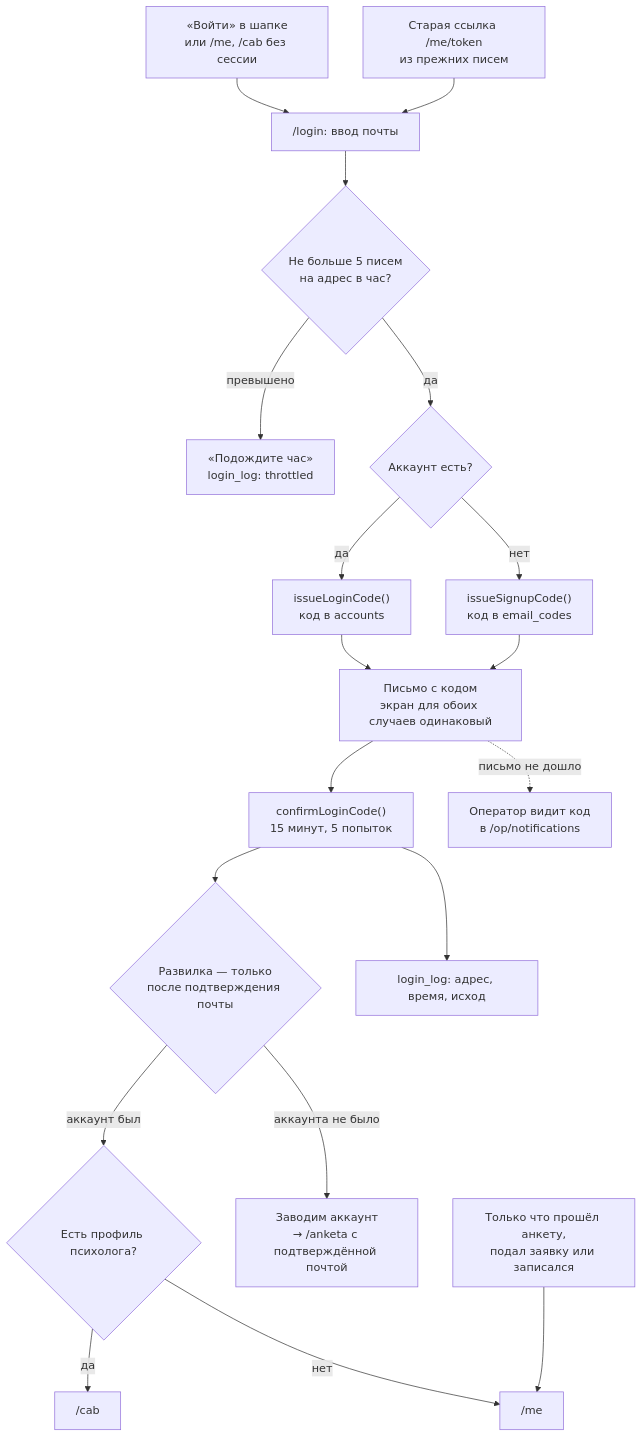
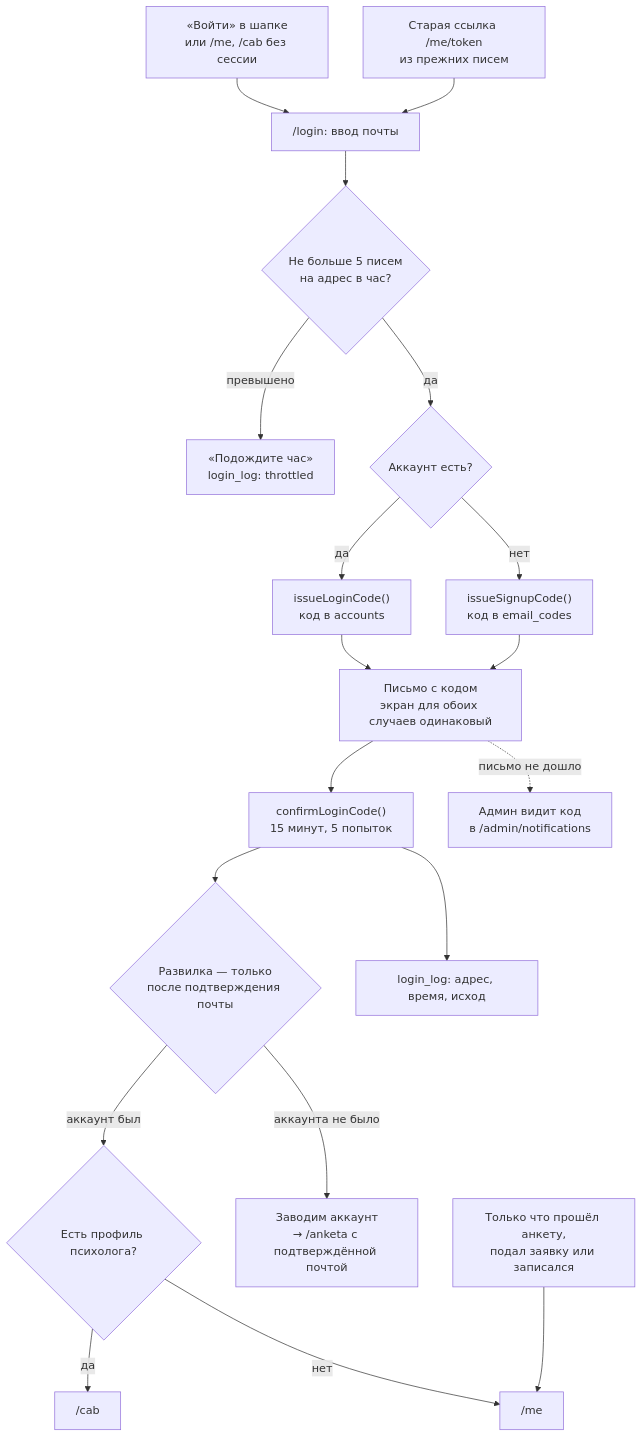
The fifth of 5 diagrams in docs/spec/flow.md (goosen-x/mipsy), drawn with Mermaid before and after one commit. The commit also changed other lines of this file and 6 other files, not shown here.

````diff
--- a/docs/spec/flow.md
+++ b/docs/spec/flow.md
@@ -99,21 +105,21 @@
 ```mermaid
 flowchart TD
   ENTER["«Войти» в шапке<br/>или /me, /cab без сессии"] --> LOGIN["/login: ввод почты"]
   OLD["Старая ссылка /me/token<br/>из прежних писем"] --> LOGIN
   LOGIN --> LIMIT{"Не больше 5 писем<br/>на адрес в час?"}
   LIMIT -->|превышено| WAIT["«Подождите час»<br/>login_log: throttled"]
   LIMIT -->|да| KNOWN{"Аккаунт есть?"}
   KNOWN -->|да| C1["issueLoginCode()<br/>код в accounts"]
   KNOWN -->|нет| C2["issueSignupCode()<br/>код в email_codes"]
   C1 --> MAIL["Письмо с кодом<br/>экран для обоих случаев одинаковый"]
   C2 --> MAIL
   MAIL --> CHECK["confirmLoginCode()<br/>15 минут, 5 попыток"]
   CHECK --> FORK{"Развилка — только<br/>после подтверждения почты"}
   FORK -->|"аккаунт был"| WHERE{"Есть профиль психолога?"}
   WHERE -->|да| CAB["/cab"]
   WHERE -->|нет| ME["/me"]
   FORK -->|"аккаунта не было"| NEW["Заводим аккаунт<br/>→ /anketa с подтверждённой почтой"]
   FIRST["Только что прошёл анкету,<br/>подал заявку или записался"] --> ME
-  MAIL -.->|"письмо не дошло"| OPR["Оператор видит код<br/>в /op/notifications"]
+  MAIL -.->|"письмо не дошло"| OPR["Админ видит код<br/>в /admin/notifications"]
   CHECK --> LOG["login_log: адрес, время, исход"]
 ```
````
